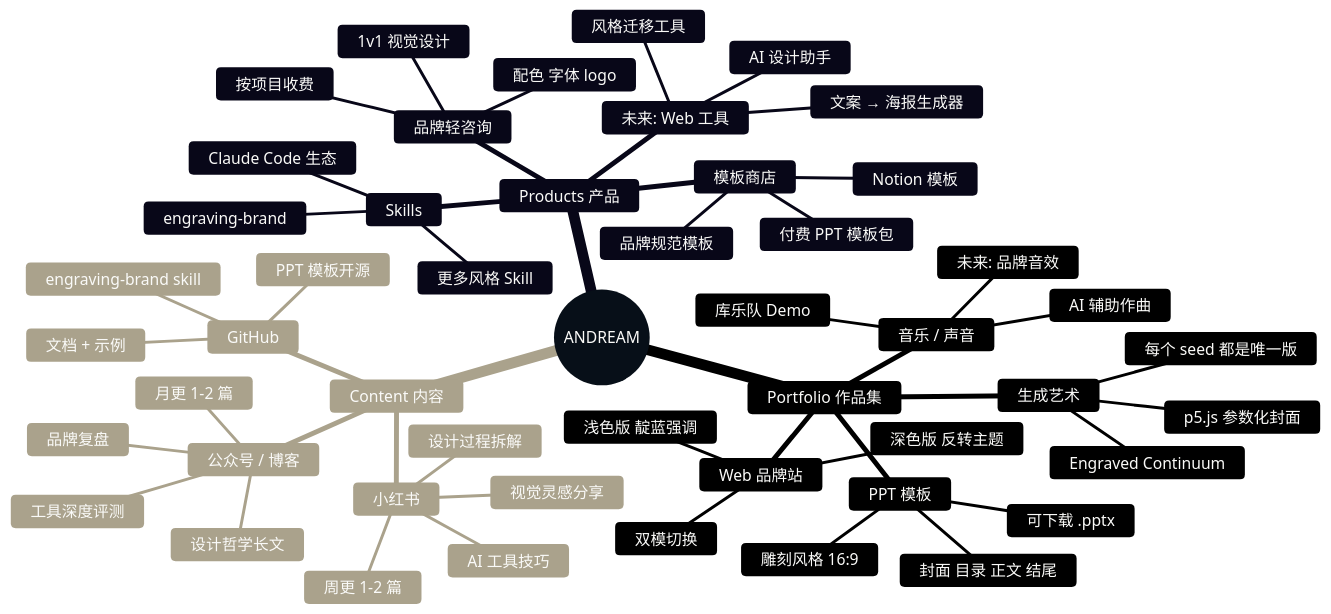
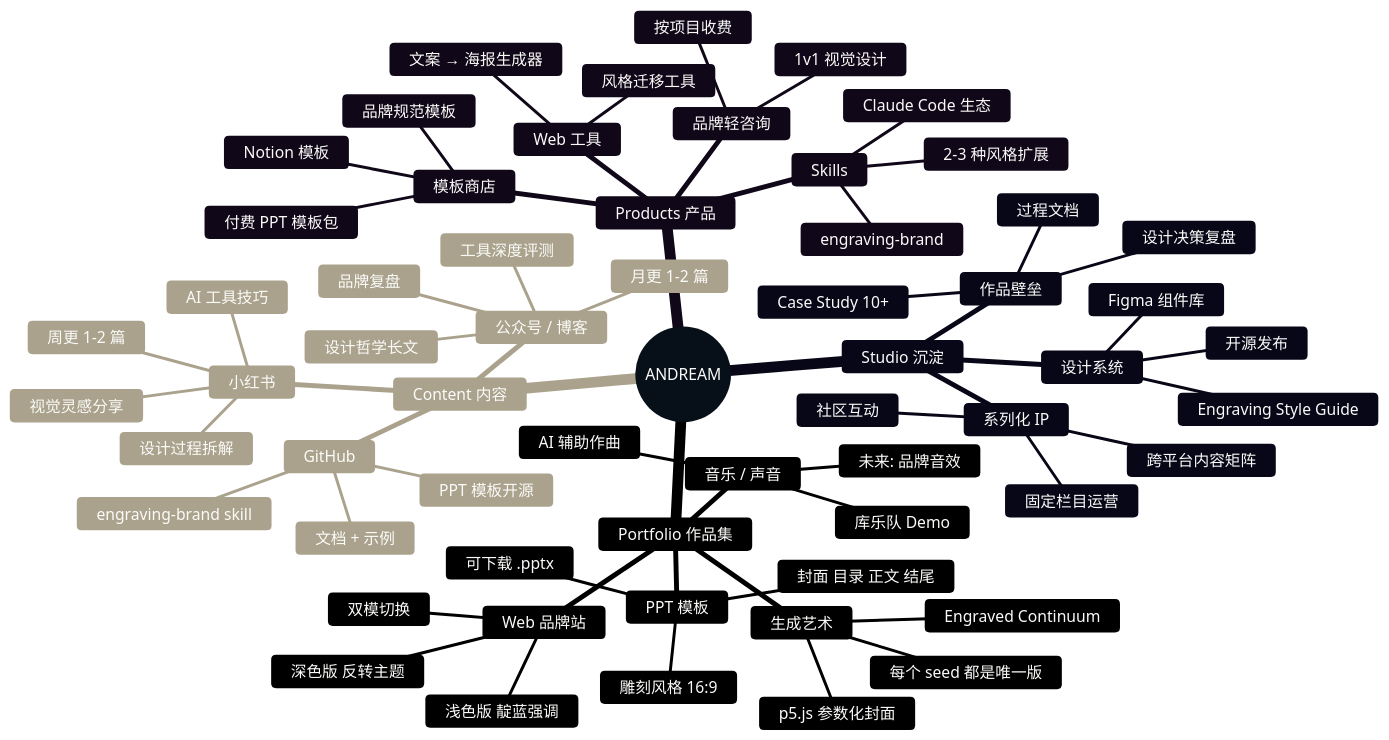
The first of 3 diagrams in 品牌架构图.md (AndrewYY5178/AndDream), drawn with Mermaid before and after one commit. The commit also changed other lines of this file and 1 other file, not shown here.

First line of the commit message:
Update roadmap: 1yr → 2-3yr, 4 phases → 5 phases

````diff
--- a/品牌架构图.md
+++ b/品牌架构图.md
@@ -3,66 +3,78 @@
 ```mermaid
 ---
 config:
   theme: base
   themeVariables:
     primaryColor: "#254E7A"
     primaryTextColor: "#FAFAF8"
     secondaryColor: "#3D3B38"
     tertiaryColor: "#E0DDD5"
     lineColor: "#6BA0D6"
     fontFamily: "Lora, serif"
 ---
 mindmap
   root((ANDREAM))
     Portfolio 作品集
       Web 品牌站
         浅色版 靛蓝强调
         深色版 反转主题
         双模切换
       PPT 模板
         雕刻风格 16:9
         封面 目录 正文 结尾
         可下载 .pptx
       生成艺术
         Engraved Continuum
         p5.js 参数化封面
         每个 seed 都是唯一版
       音乐 / 声音
         AI 辅助作曲
         库乐队 Demo
         未来: 品牌音效
 
     Content 内容
       小红书
         设计过程拆解
         AI 工具技巧
         视觉灵感分享
         周更 1-2 篇
       公众号 / 博客
         设计哲学长文
         品牌复盘
         工具深度评测
         月更 1-2 篇
       GitHub
         engraving-brand skill
         PPT 模板开源
         文档 + 示例
 
+    Studio 沉淀
+      作品壁垒
+        Case Study 10+
+        设计决策复盘
+        过程文档
+      设计系统
+        Engraving Style Guide
+        Figma 组件库
+        开源发布
+      系列化 IP
+        固定栏目运营
+        跨平台内容矩阵
+        社区互动
+
     Products 产品
       Skills
         engraving-brand
-        更多风格 Skill
+        2-3 种风格扩展
         Claude Code 生态
       模板商店
         付费 PPT 模板包
         品牌规范模板
         Notion 模板
       品牌轻咨询
         1v1 视觉设计
-        配色 字体 logo
         按项目收费
-      未来: Web 工具
+      Web 工具
         文案 → 海报生成器
         风格迁移工具
-        AI 设计助手
 ```
````
